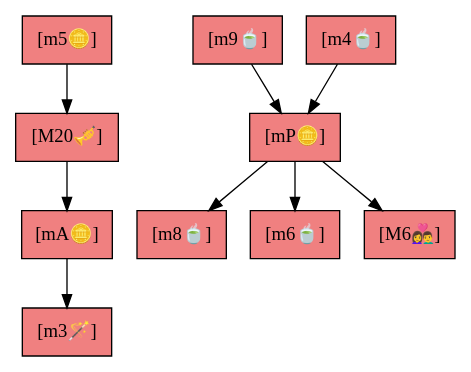
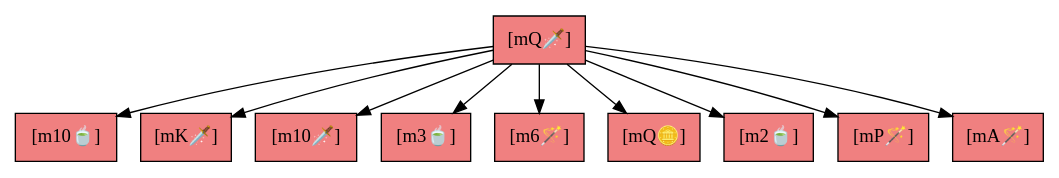
One commit to infomofo/ts-tarot-cards changed the diagram in samples/celticCross-reading.dot. Above: the diagram before and after it, drawn with Graphviz. The commit also changed 10 other files, not shown here.

```diff
--- a/samples/celticCross-reading.dot
+++ b/samples/celticCross-reading.dot
@@ -1,10 +1,13 @@
 
 digraph CelticCross {
   node [shape=record, style=filled, fillcolor=lightcoral];
-  "[m5🪙]" -> "[M20🎺]" -> "[mA🪙]" -> "[m3🪄]";
-  "[m9🍵]" -> "[mP🪙]";
-  "[m4🍵]" -> "[mP🪙]";
-  "[mP🪙]" -> "[m8🍵]";
-  "[mP🪙]" -> "[m6🍵]";
-  "[mP🪙]" -> "[M6👩‍❤️‍👨]";
+  "[mQ🗡️]" -> "[m10🍵]";
+  "[mQ🗡️]" -> "[mK🗡️]";
+  "[mQ🗡️]" -> "[m10🗡️]";
+  "[mQ🗡️]" -> "[m3🍵]";
+  "[mQ🗡️]" -> "[m6🪄]";
+  "[mQ🗡️]" -> "[mQ🪙]";
+  "[mQ🗡️]" -> "[m2🍵]";
+  "[mQ🗡️]" -> "[mP🪄]";
+  "[mQ🗡️]" -> "[mA🪄]";
 }
```
